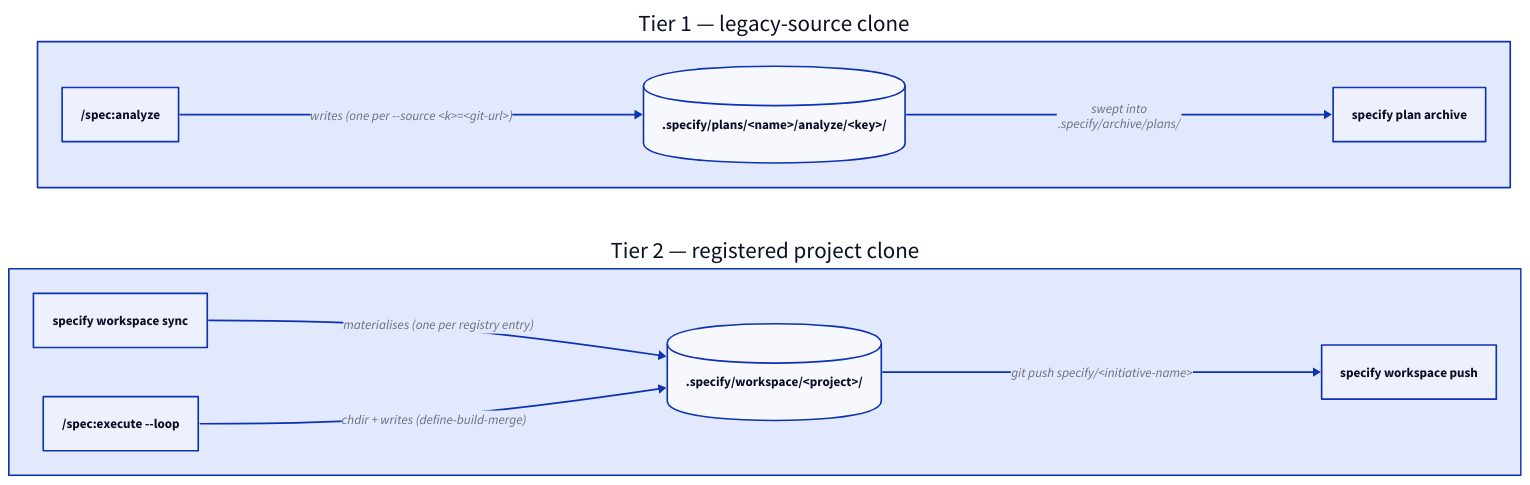
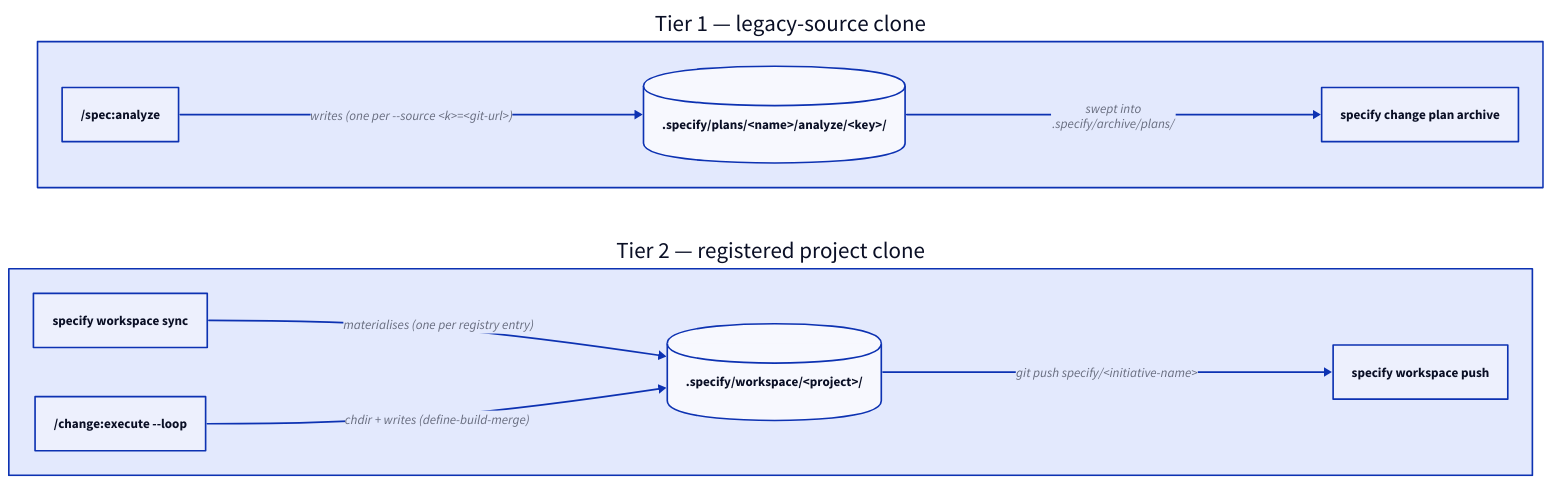
Before and after one commit to augentic/anvil: the diagram in docs/explanation/workspace-tiers.md, drawn with D2. The commit also changed other lines of this file and 609 other files, not shown here.

````diff
--- a/docs/explanation/workspace-tiers.md
+++ b/docs/explanation/workspace-tiers.md
@@ -55,23 +55,23 @@
 ```d2
 direction: right
 
 tier1: "Tier 1 — legacy-source clone" {
   shape: rectangle
   loc: ".specify/plans/<name>/analyze/<key>/" {shape: cylinder}
   analyze: "/spec:analyze" {shape: rectangle}
-  archive: "specify plan archive" {shape: rectangle}
+  archive: "specify change plan archive" {shape: rectangle}
   analyze -> loc: "writes (one per --source <k>=<git-url>)"
   loc -> archive: "swept into\n.specify/archive/plans/"
 }
 
 tier2: "Tier 2 — registered project clone" {
   shape: rectangle
   loc: ".specify/workspace/<project>/" {shape: cylinder}
   sync: "specify workspace sync" {shape: rectangle}
-  execute: "/spec:execute --loop" {shape: rectangle}
+  execute: "/change:execute --loop" {shape: rectangle}
   push: "specify workspace push" {shape: rectangle}
   sync -> loc: "materialises (one per registry entry)"
   execute -> loc: "chdir + writes (define-build-merge)"
   loc -> push: "git push specify/<initiative-name>"
 }
 ```
````
